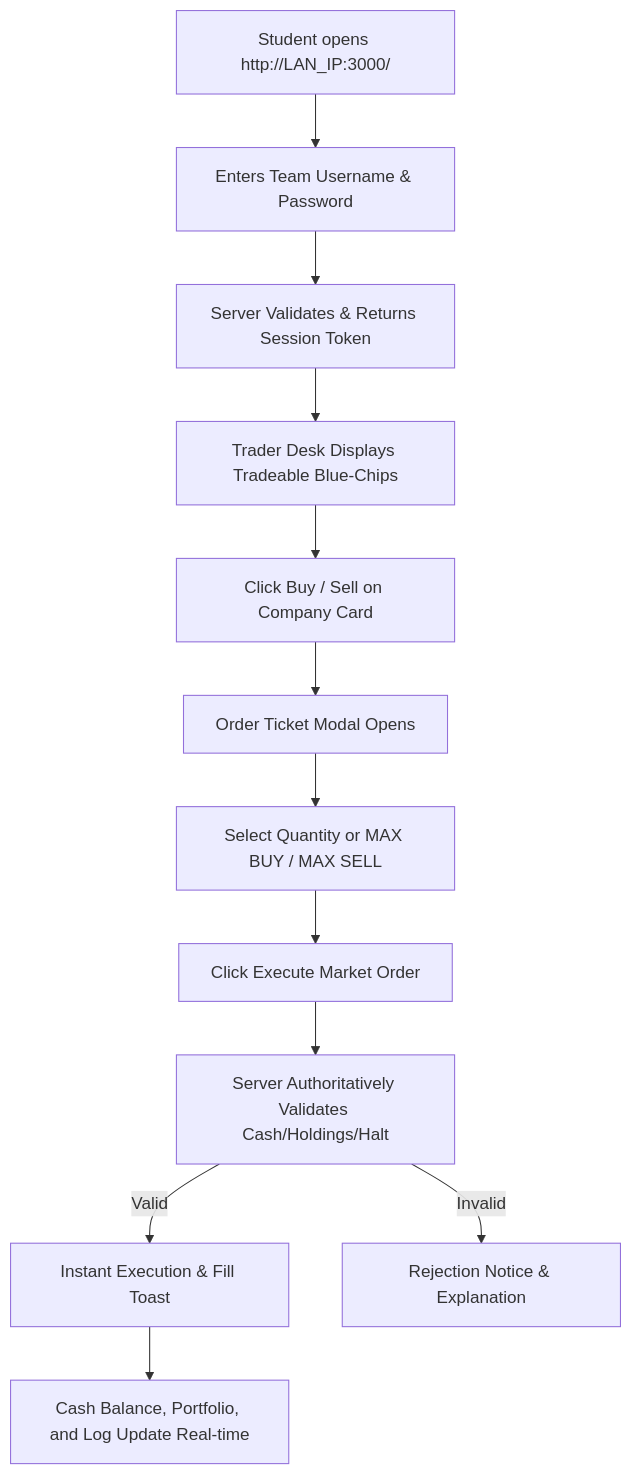
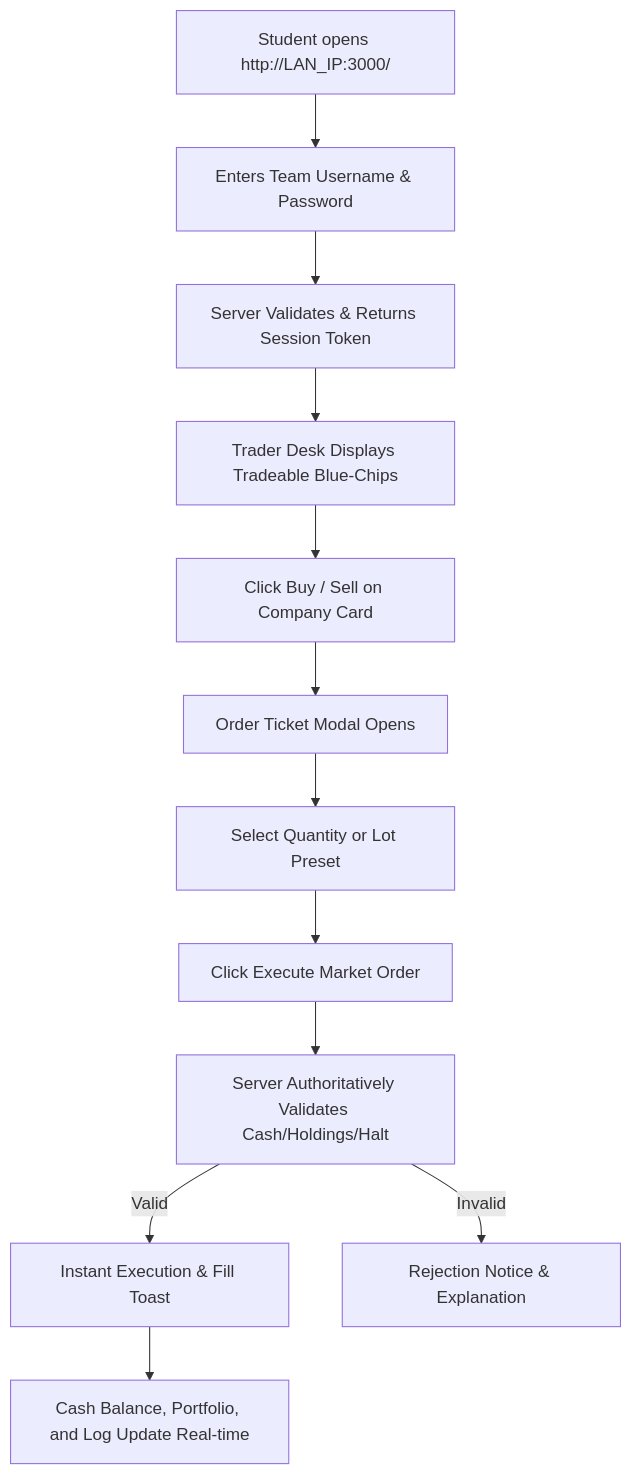
One commit to Ved-mangukiya/TheTradingFLoor changed the diagram in docs/USER_FLOWS.md. Above: the diagram before and after it, drawn with Mermaid. The commit also changed other lines of this file and 17 other files, not shown here.

Commit message:
feat: implement sound console, charts, and trading floor UI features

````diff
--- a/docs/USER_FLOWS.md
+++ b/docs/USER_FLOWS.md
@@ -42,14 +53,14 @@
 ```mermaid
 graph TD
     A[Student opens http://LAN_IP:3000/] --> B[Enters Team Username & Password]
     B --> C[Server Validates & Returns Session Token]
     C --> D[Trader Desk Displays Tradeable Blue-Chips]
     D --> E[Click Buy / Sell on Company Card]
     E --> F[Order Ticket Modal Opens]
-    F --> G[Select Quantity or MAX BUY / MAX SELL]
+    F --> G[Select Quantity or Lot Preset]
     G --> H[Click Execute Market Order]
     H --> I[Server Authoritatively Validates Cash/Holdings/Halt]
     I -->|Valid| J[Instant Execution & Fill Toast]
     I -->|Invalid| K[Rejection Notice & Explanation]
     J --> L[Cash Balance, Portfolio, and Log Update Real-time]
 ```
````
